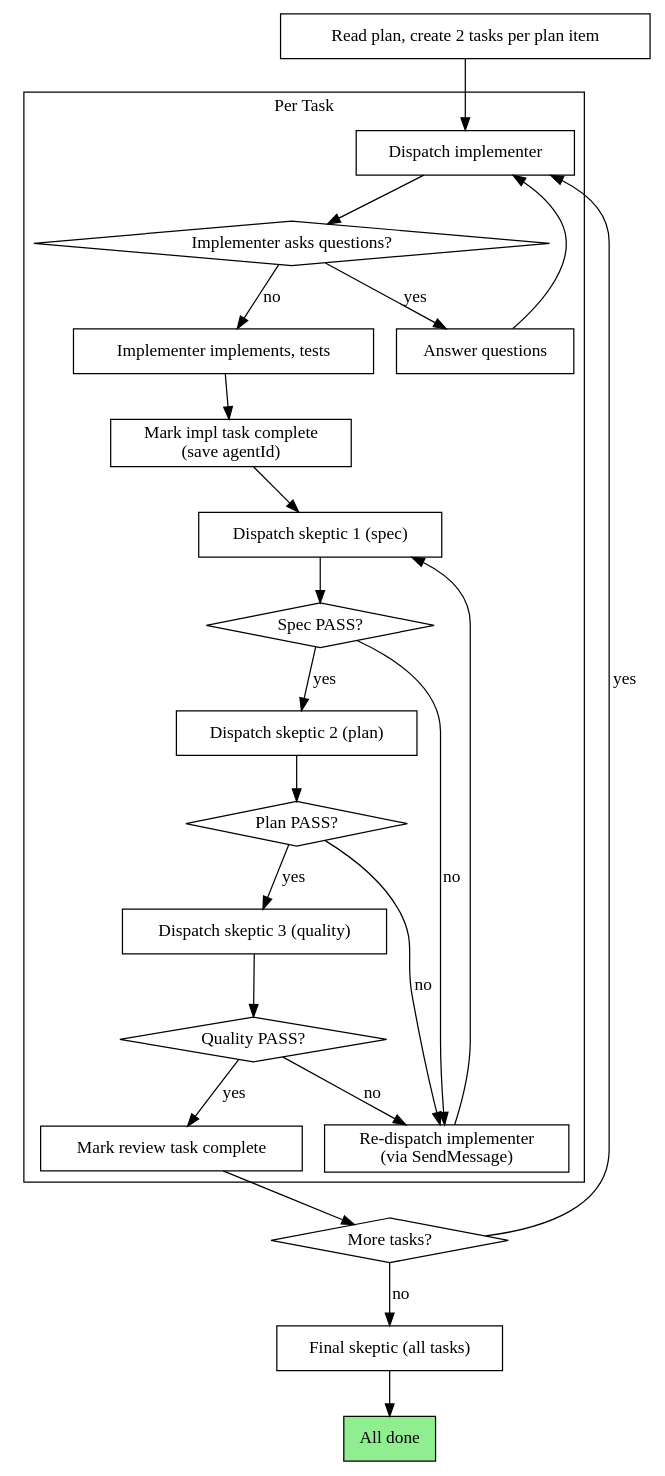
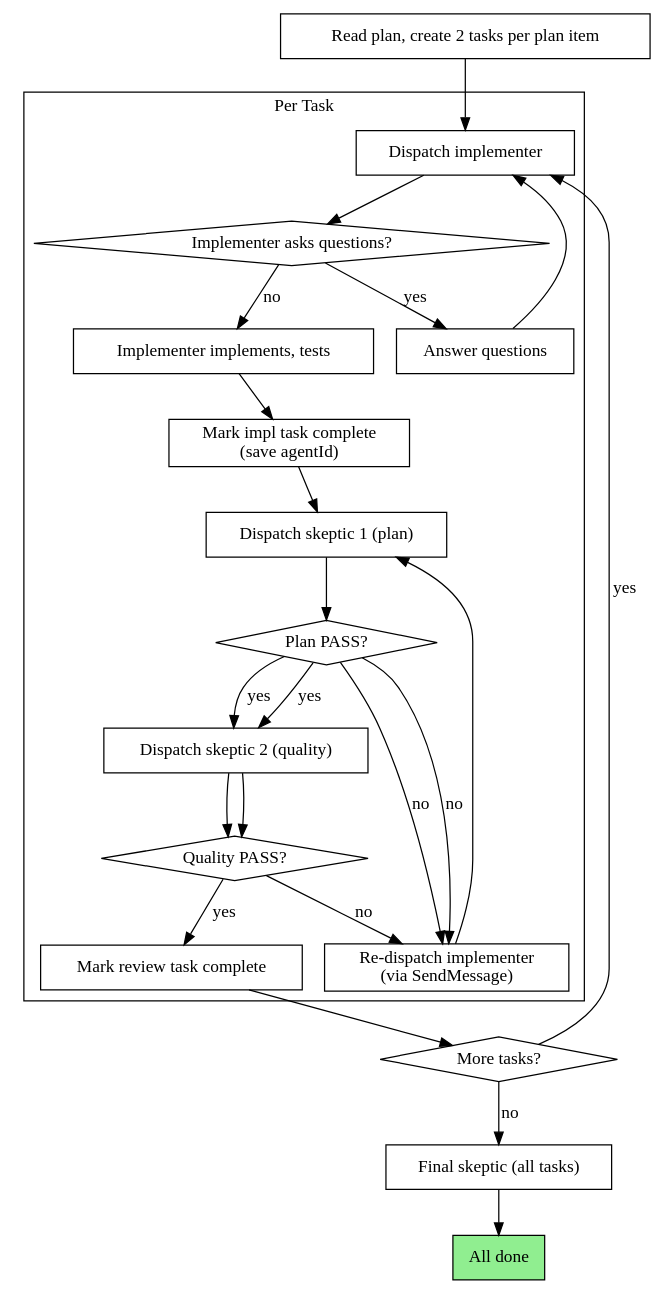
The second of 2 diagrams in skills/subagent-driven-development/SKILL.md (Sairef/superpowers), drawn with Graphviz before and after one commit. The commit also changed other lines of this file and 5 other files, not shown here.

````diff
--- a/skills/subagent-driven-development/SKILL.md
+++ b/skills/subagent-driven-development/SKILL.md
@@ -85,56 +83,54 @@
 ```dot
 digraph process {
     rankdir=TB;
 
     subgraph cluster_per_task {
         label="Per Task";
         "Dispatch implementer" [shape=box];
         "Implementer asks questions?" [shape=diamond];
         "Answer questions" [shape=box];
         "Implementer implements, tests" [shape=box];
         "Mark impl task complete\n(save agentId)" [shape=box];
 
-        "Dispatch skeptic 1 (spec)" [shape=box];
-        "Spec PASS?" [shape=diamond];
-        "Dispatch skeptic 2 (plan)" [shape=box];
+        "Dispatch skeptic 1 (plan)" [shape=box];
         "Plan PASS?" [shape=diamond];
-        "Dispatch skeptic 3 (quality)" [shape=box];
+        "Dispatch skeptic 2 (quality)" [shape=box];
         "Quality PASS?" [shape=diamond];
 
         "Re-dispatch implementer\n(via SendMessage)" [shape=box];
         "Mark review task complete" [shape=box];
     }
 
     "Read plan, create 2 tasks per plan item" [shape=box];
     "More tasks?" [shape=diamond];
     "Final skeptic (all tasks)" [shape=box];
     "All done" [shape=box style=filled fillcolor=lightgreen];
 
     "Read plan, create 2 tasks per plan item" -> "Dispatch implementer";
     "Dispatch implementer" -> "Implementer asks questions?";
     "Implementer asks questions?" -> "Answer questions" [label="yes"];
     "Answer questions" -> "Dispatch implementer";
     "Implementer asks questions?" -> "Implementer implements, tests" [label="no"];
     "Implementer implements, tests" -> "Mark impl task complete\n(save agentId)";
 
-    "Mark impl task complete\n(save agentId)" -> "Dispatch skeptic 1 (spec)";
-    "Dispatch skeptic 1 (spec)" -> "Spec PASS?";
-    "Spec PASS?" -> "Re-dispatch implementer\n(via SendMessage)" [label="no"];
-    "Spec PASS?" -> "Dispatch skeptic 2 (plan)" [label="yes"];
+    "Mark impl task complete\n(save agentId)" -> "Dispatch skeptic 1 (plan)";
+    "Dispatch skeptic 1 (plan)" -> "Plan PASS?";
+    "Plan PASS?" -> "Re-dispatch implementer\n(via SendMessage)" [label="no"];
+    "Plan PASS?" -> "Dispatch skeptic 2 (quality)" [label="yes"];
 
-    "Dispatch skeptic 2 (plan)" -> "Plan PASS?";
+    "Dispatch skeptic 2 (quality)" -> "Quality PASS?";
     "Plan PASS?" -> "Re-dispatch implementer\n(via SendMessage)" [label="no"];
-    "Plan PASS?" -> "Dispatch skeptic 3 (quality)" [label="yes"];
+    "Plan PASS?" -> "Dispatch skeptic 2 (quality)" [label="yes"];
 
-    "Dispatch skeptic 3 (quality)" -> "Quality PASS?";
+    "Dispatch skeptic 2 (quality)" -> "Quality PASS?";
     "Quality PASS?" -> "Re-dispatch implementer\n(via SendMessage)" [label="no"];
     "Quality PASS?" -> "Mark review task complete" [label="yes"];
 
-    "Re-dispatch implementer\n(via SendMessage)" -> "Dispatch skeptic 1 (spec)";
+    "Re-dispatch implementer\n(via SendMessage)" -> "Dispatch skeptic 1 (plan)";
 
     "Mark review task complete" -> "More tasks?";
     "More tasks?" -> "Dispatch implementer" [label="yes"];
     "More tasks?" -> "Final skeptic (all tasks)" [label="no"];
     "Final skeptic (all tasks)" -> "All done";
 }
 ```
````
